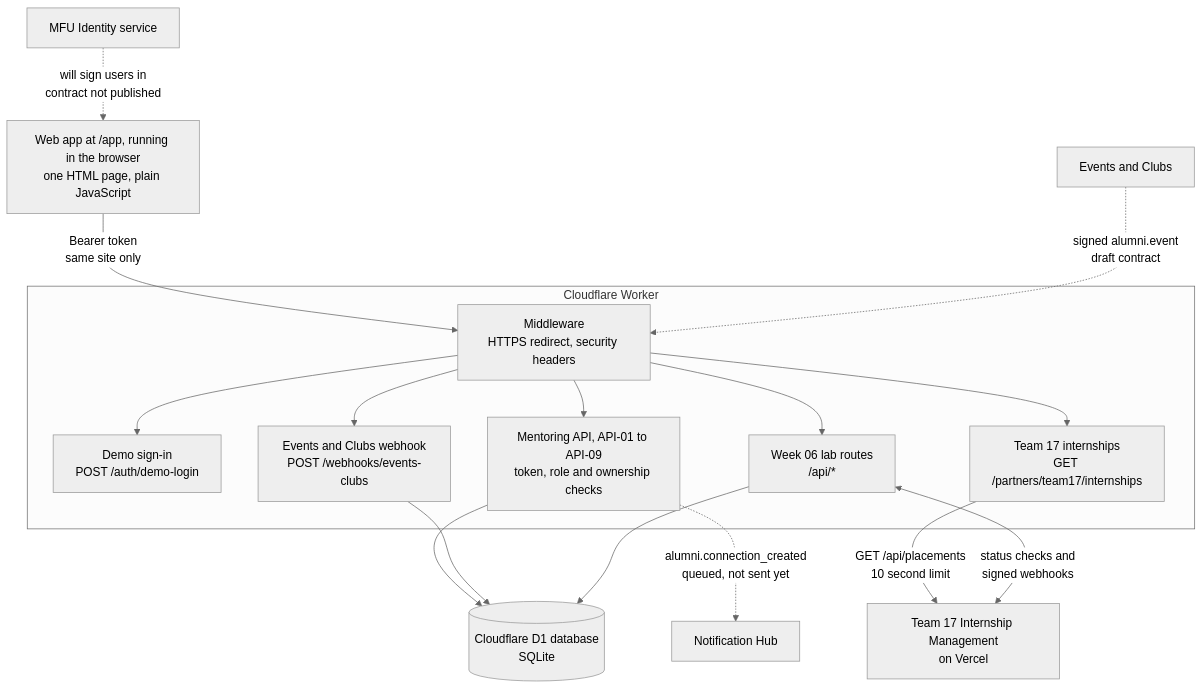
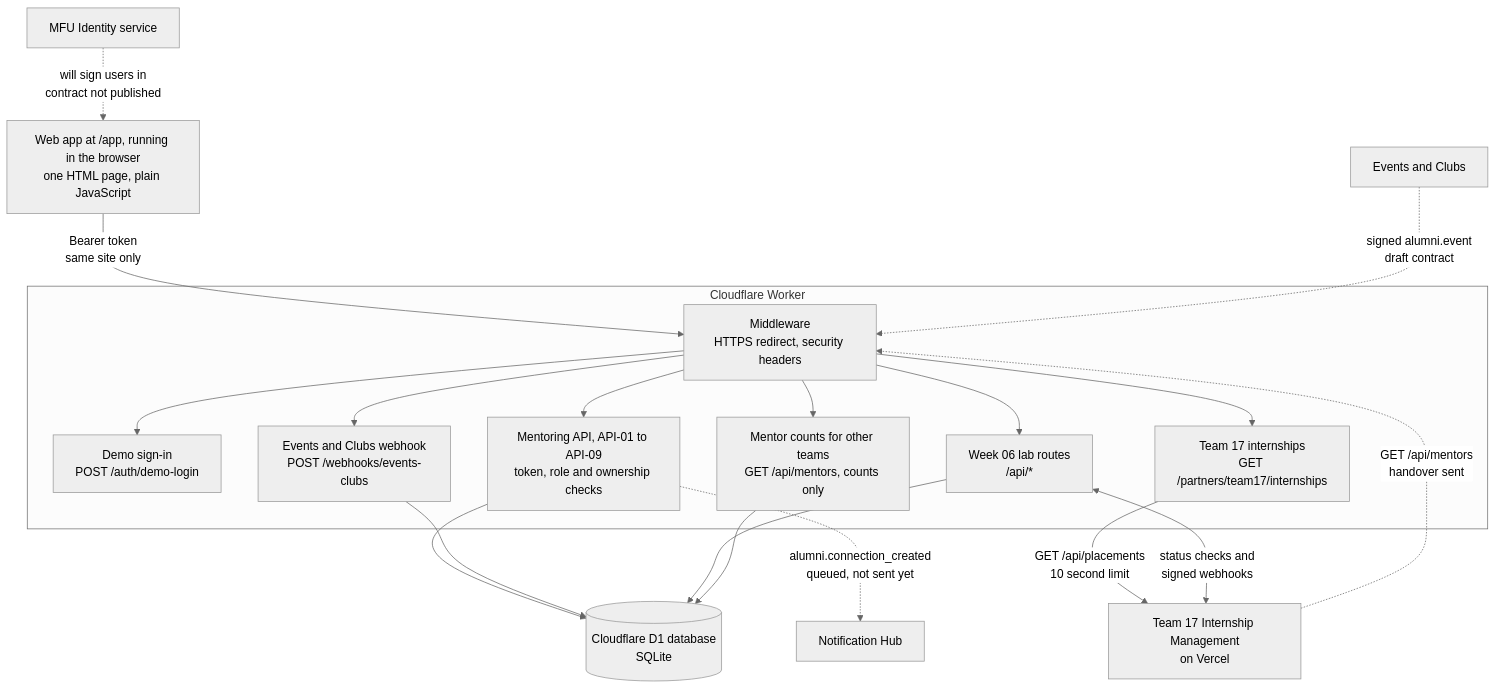
The first of 4 diagrams in ARCHITECTURE.md (6731503083-pablo/mfu-alumni-network), drawn with Mermaid (neutral theme) before and after one commit. The commit also changed other lines of this file and 22 other files, not shown here.

First line of the commit message:
Add a public mentor-count API and its handover for Team 17

````diff
--- a/ARCHITECTURE.md
+++ b/ARCHITECTURE.md
@@ -8,30 +8,33 @@
 ```mermaid
 flowchart TB
     idp["MFU Identity service"]
     ui["Web app at /app, running in the browser<br/>one HTML page, plain JavaScript"]
     ec["Events and Clubs"]
 
     subgraph worker ["Cloudflare Worker"]
         mw["Middleware<br/>HTTPS redirect, security headers"]
         login["Demo sign-in<br/>POST /auth/demo-login"]
         api["Mentoring API, API-01 to API-09<br/>token, role and ownership checks"]
         intern["Team 17 internships<br/>GET /partners/team17/internships"]
         inbox["Events and Clubs webhook<br/>POST /webhooks/events-clubs"]
         lab["Week 06 lab routes<br/>/api/*"]
+        pub["Mentor counts for other teams<br/>GET /api/mentors, counts only"]
     end
 
     db[("Cloudflare D1 database<br/>SQLite")]
     t17["Team 17 Internship Management<br/>on Vercel"]
     hub["Notification Hub"]
 
     idp -.->|"will sign users in<br/>contract not published"| ui
     ui -->|"Bearer token<br/>same site only"| mw
     ec -.->|"signed alumni.event<br/>draft contract"| mw
-    mw --> login & api & intern & inbox & lab
+    t17 -.->|"GET /api/mentors<br/>handover sent"| mw
+    mw --> login & api & intern & inbox & lab & pub
     api --> db
     inbox --> db
     lab --> db
+    pub --> db
     intern -->|"GET /api/placements<br/>10 second limit"| t17
     lab <-->|"status checks and<br/>signed webhooks"| t17
     api -.->|"alumni.connection_created<br/>queued, not sent yet"| hub
 ```
````
